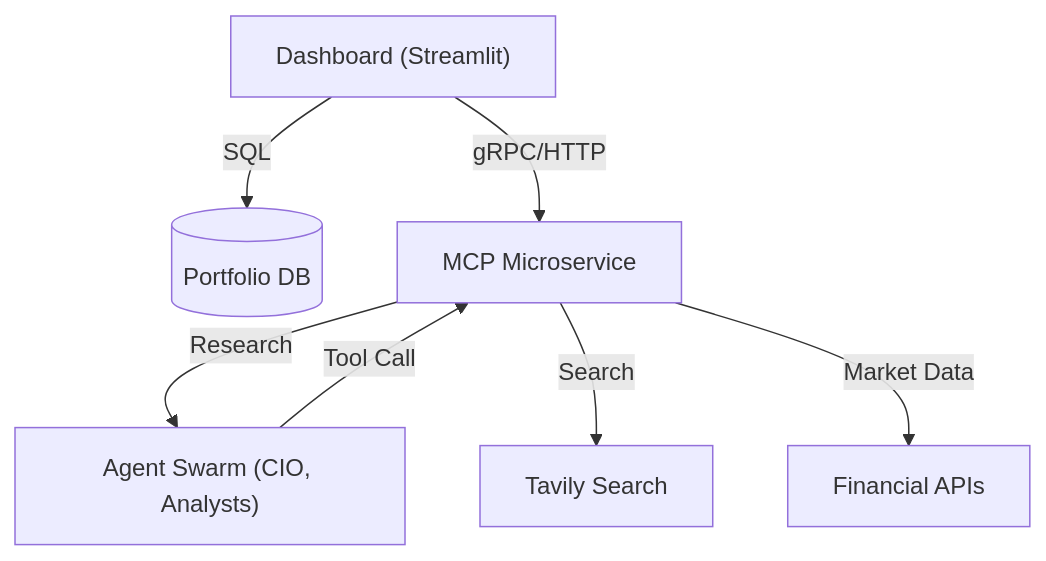
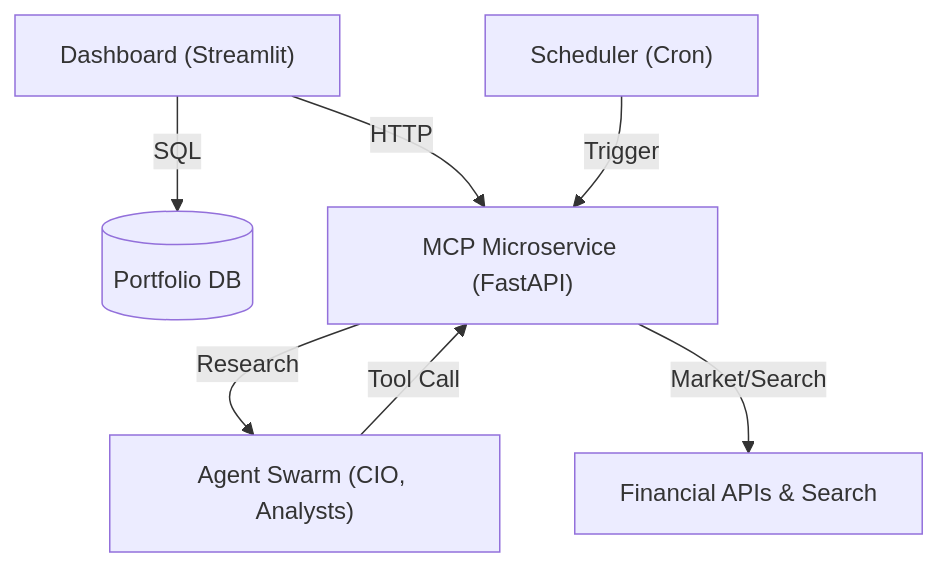
The first of 2 diagrams in wiki/04_架構觀點-Architect_Views/系統全景圖-System-Landscape.md (neohsiung/AI-Investment-Advisor), drawn with Mermaid before and after one commit. The commit also changed other lines of this file and 12 other files, not shown here.

````diff
--- a/wiki/04_架構觀點-Architect_Views/系統全景圖-System-Landscape.md
+++ b/wiki/04_架構觀點-Architect_Views/系統全景圖-System-Landscape.md
@@ -29,9 +29,9 @@
 ```mermaid
 graph TD
     UI["Dashboard (Streamlit)"] -->|SQL| DB[(Portfolio DB)]
-    UI -->|gRPC/HTTP| MCP["MCP Microservice"]
+    UI -->|HTTP| MCP["MCP Microservice (FastAPI)"]
+    Sch["Scheduler (Cron)"] -->|Trigger| MCP
     MCP -->|Research| Agents["Agent Swarm (CIO, Analysts)"]
     Agents -->|Tool Call| MCP
-    MCP -->|Search| Tavily[Tavily Search]
-    MCP -->|Market Data| Poly[Financial APIs]
+    MCP -->|Market/Search| APIs[Financial APIs & Search]
 ```
````
